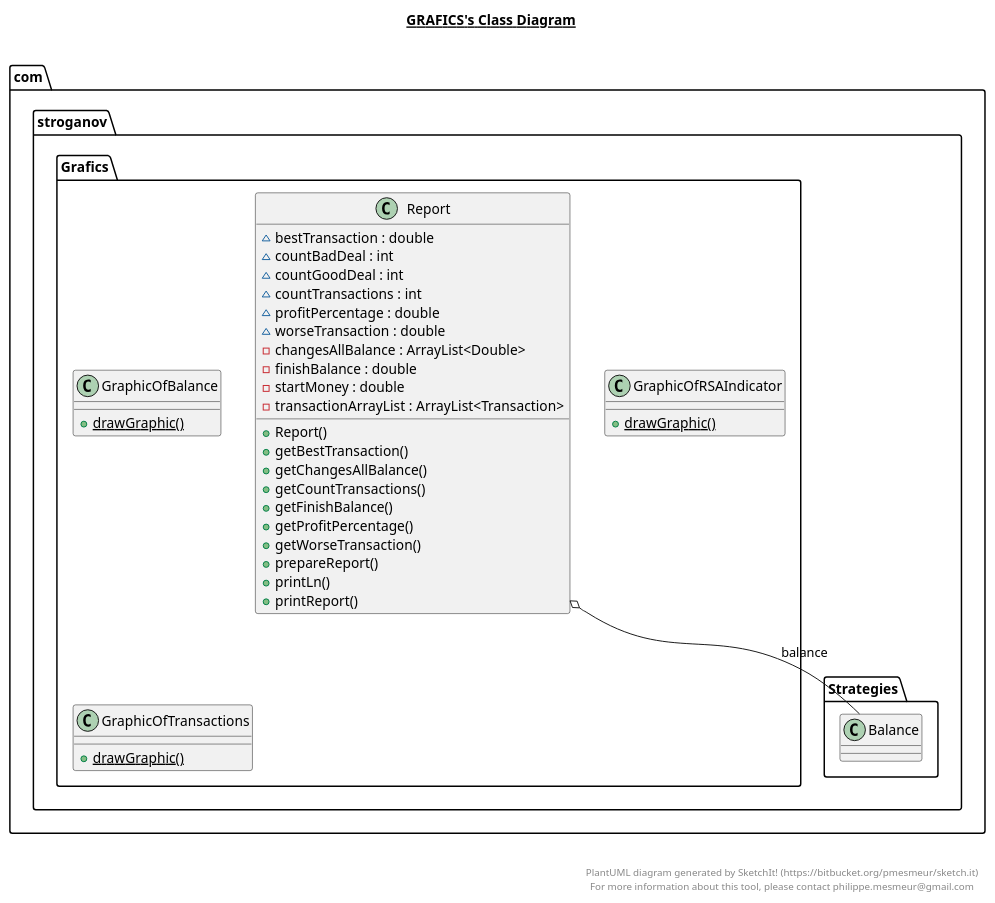
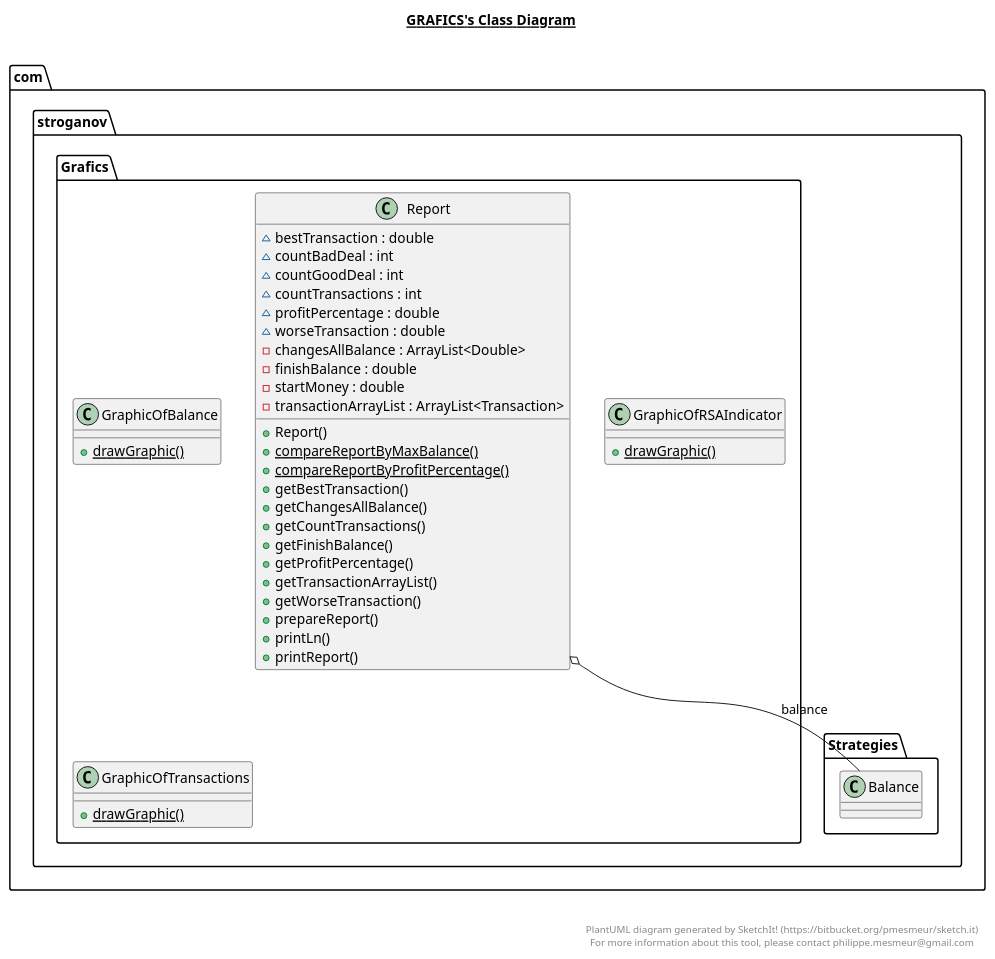
The diagram in src/main/java/com/stroganov/Grafics/Grafics.plantuml (SergeyStroganoff/TradeRobot), drawn with PlantUML before and after one commit. The commit also changed 23 other files, not shown here.

```diff
--- a/src/main/java/com/stroganov/Grafics/Grafics.plantuml
+++ b/src/main/java/com/stroganov/Grafics/Grafics.plantuml
@@ -1,70 +1,73 @@
 @startuml
 
 title __GRAFICS's Class Diagram__\n
 
   namespace com.stroganov {
     namespace Grafics {
       class com.stroganov.Grafics.GraphicOfBalance {
           {static} + drawGraphic()
       }
     }
   }
   
 
   namespace com.stroganov {
     namespace Grafics {
       class com.stroganov.Grafics.GraphicOfRSAIndicator {
           {static} + drawGraphic()
       }
     }
   }
   
 
   namespace com.stroganov {
     namespace Grafics {
       class com.stroganov.Grafics.GraphicOfTransactions {
           {static} + drawGraphic()
       }
     }
   }
   
 
   namespace com.stroganov {
     namespace Grafics {
       class com.stroganov.Grafics.Report {
           ~ bestTransaction : double
           ~ countBadDeal : int
           ~ countGoodDeal : int
           ~ countTransactions : int
           ~ profitPercentage : double
           ~ worseTransaction : double
           - changesAllBalance : ArrayList<Double>
           - finishBalance : double
           - startMoney : double
           - transactionArrayList : ArrayList<Transaction>
           + Report()
+          {static} + compareReportByMaxBalance()
+          {static} + compareReportByProfitPercentage()
           + getBestTransaction()
           + getChangesAllBalance()
           + getCountTransactions()
           + getFinishBalance()
           + getProfitPercentage()
+          + getTransactionArrayList()
           + getWorseTransaction()
           + prepareReport()
           + printLn()
           + printReport()
       }
     }
   }
   
 
   com.stroganov.Grafics.Report o-- com.stroganov.Strategies.Balance : balance
 
 
 right footer
 
 
 PlantUML diagram generated by SketchIt! (https://bitbucket.org/pmesmeur/sketch.it)
 For more information about this tool, please contact philippe.mesmeur@gmail.com
 endfooter
 
 @enduml
```
